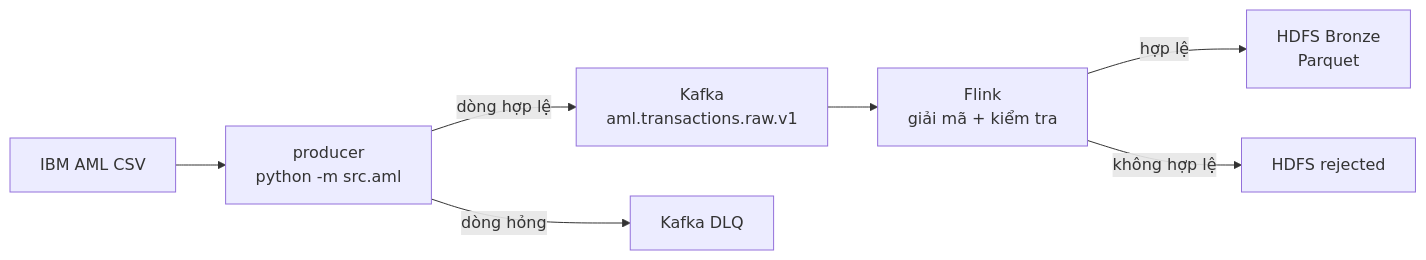
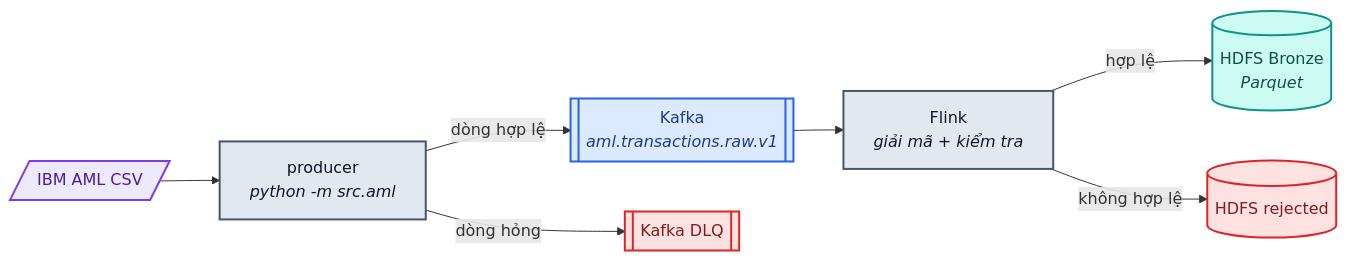
The sixth of 7 diagrams in docs/architecture_diagram.md (fiezen13/aml-monitoring-investigation-system), drawn with Mermaid before and after one commit. The commit also changed other lines of this file, not shown here.

````diff
--- a/docs/architecture_diagram.md
+++ b/docs/architecture_diagram.md
@@ -252,9 +376,21 @@
 ```mermaid
-graph LR
-    CSV["IBM AML CSV"] --> P["producer<br/>python -m src.aml"]
-    P -->|"dòng hợp lệ"| K["Kafka<br/>aml.transactions.raw.v1"]
-    P -->|"dòng hỏng"| DLQ["Kafka DLQ"]
-    K --> F["Flink<br/>giải mã + kiểm tra"]
-    F -->|"hợp lệ"| H["HDFS Bronze<br/>Parquet"]
-    F -->|"không hợp lệ"| R["HDFS rejected"]
+flowchart LR
+    CSV[/"IBM AML CSV"/] --> P["producer<br/><i>python -m src.aml</i>"]
+    P -->|"dòng hợp lệ"| K[["Kafka<br/><i>aml.transactions.raw.v1</i>"]]
+    P -->|"dòng hỏng"| DLQ[["Kafka DLQ"]]
+    K --> F["Flink<br/><i>giải mã + kiểm tra</i>"]
+    F -->|"hợp lệ"| H[("HDFS Bronze<br/><i>Parquet</i>")]
+    F -->|"không hợp lệ"| R[("HDFS rejected")]
+
+    classDef src fill:#EDE9FE,stroke:#7C3AED,stroke-width:2px,color:#4C1D95
+    classDef svc fill:#E2E8F0,stroke:#475569,stroke-width:2px,color:#0F172A
+    classDef bus fill:#DBEAFE,stroke:#2563EB,stroke-width:2px,color:#1E3A8A
+    classDef ok fill:#CCFBF1,stroke:#0D9488,stroke-width:2px,color:#134E4A
+    classDef bad fill:#FEE2E2,stroke:#DC2626,stroke-width:2px,color:#7F1D1D
+
+    class CSV src
+    class P,F svc
+    class K bus
+    class DLQ,R bad
+    class H ok
 ```
````
